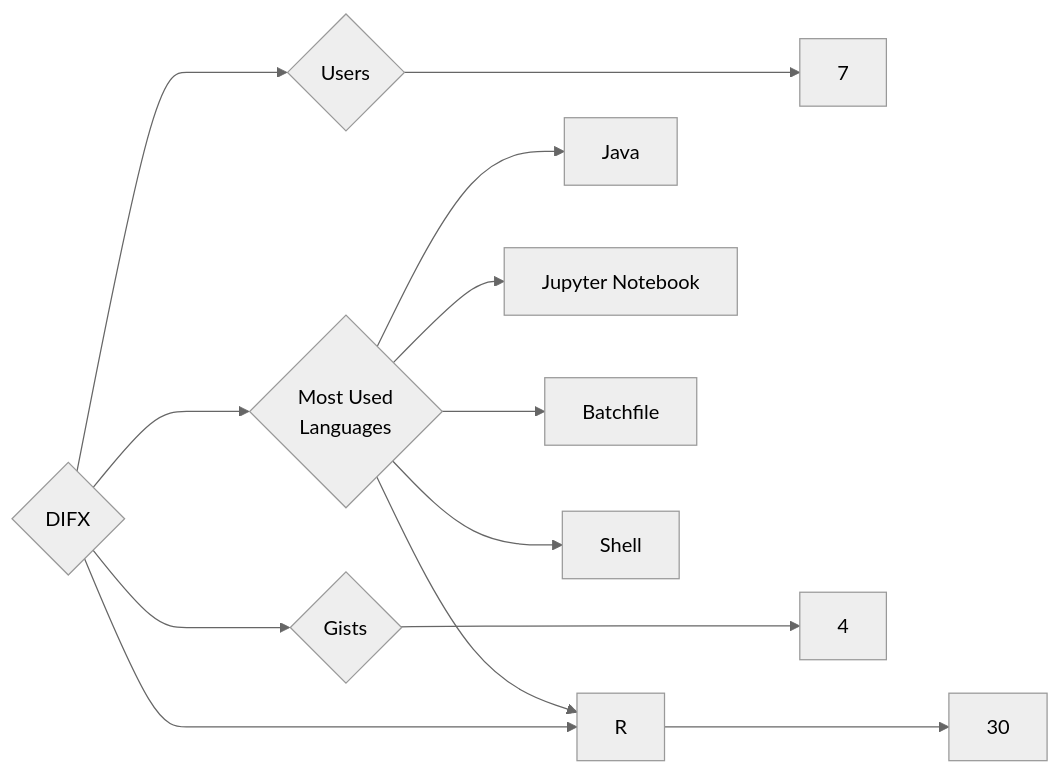
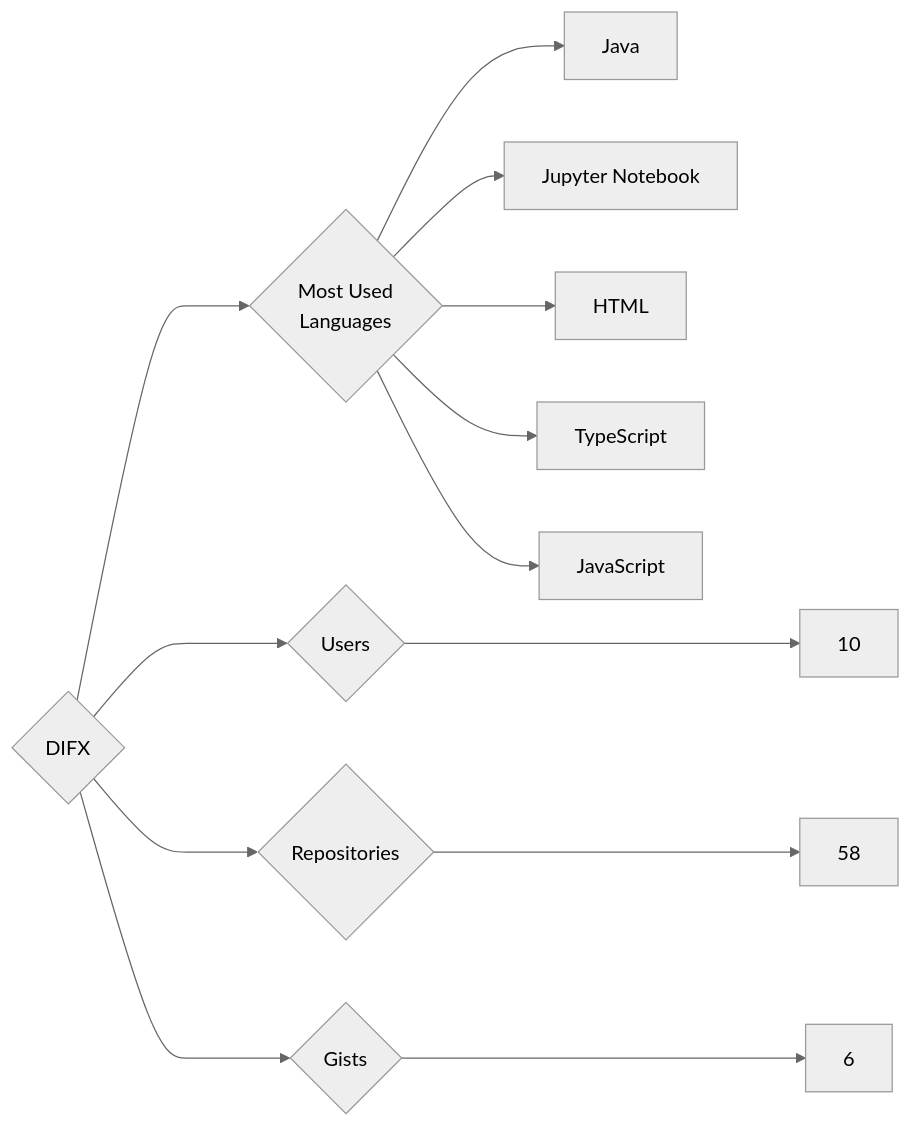
Before and after one commit to trickest/insiders: the diagram in targets/DIFX/README.md, drawn with Mermaid (neutral theme). The commit also changed 1170 other files, not shown here.

````diff
--- a/targets/DIFX/README.md
+++ b/targets/DIFX/README.md
@@ -3,13 +3,13 @@
 ```mermaid
 graph LR
 COMPANY_NAME{DIFX}
-COMPANY_NAME ---> U{Users} ---> UN[7]
-COMPANY_NAME ---> R{Repositories} ---> RN[30]
-COMPANY_NAME ---> G{Gists} ---> GN[4]
+COMPANY_NAME ---> U{Users} ---> UN[10]
+COMPANY_NAME ---> R{Repositories} ---> RN[58]
+COMPANY_NAME ---> G{Gists} ---> GN[6]
 COMPANY_NAME ---> ML{Most Used<br>Languages}
 ML --> Java[Java]
 ML --> Jupyter_Notebook[Jupyter Notebook]
-ML --> R[R]
-ML --> Batchfile[Batchfile]
-ML --> Shell[Shell]
+ML --> HTML[HTML]
+ML --> TypeScript[TypeScript]
+ML --> JavaScript[JavaScript]
 ```
````
